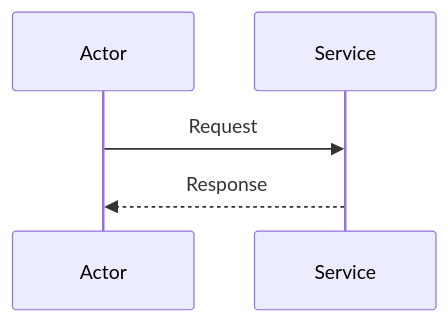
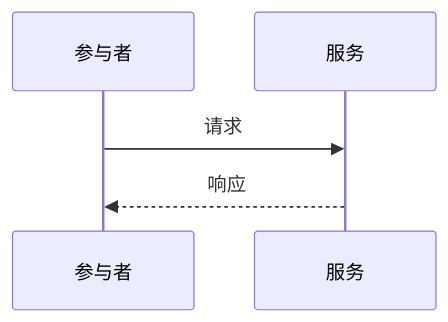
The second of 4 diagrams in skills/uml-generator/skill.md (kingoliang/polyglot-engineering-claude-plugin), drawn with Mermaid before and after one commit. The commit also changed other lines of this file and 31 other files, not shown here.

````diff
--- a/skills/uml-generator/skill.md
+++ b/skills/uml-generator/skill.md
@@ -46,7 +46,7 @@
 ```mermaid
 sequenceDiagram
-    participant A as Actor
-    participant B as Service
-    A->>B: Request
-    B-->>A: Response
+    participant A as 参与者
+    participant B as 服务
+    A->>B: 请求
+    B-->>A: 响应
 ```
````
